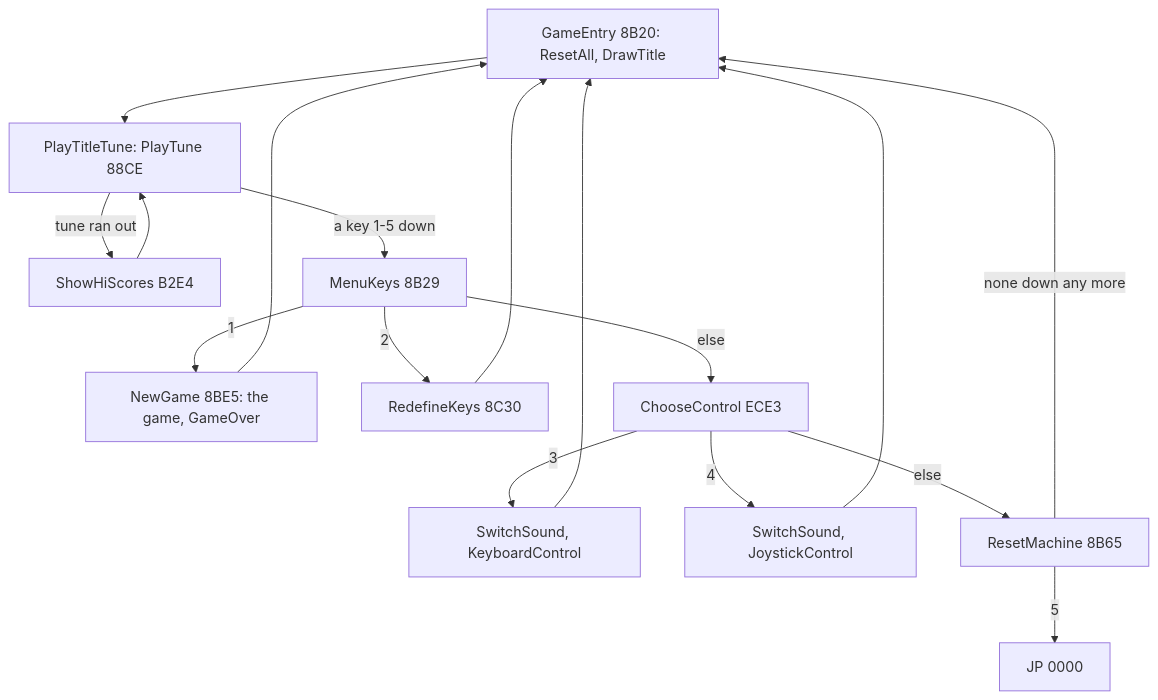
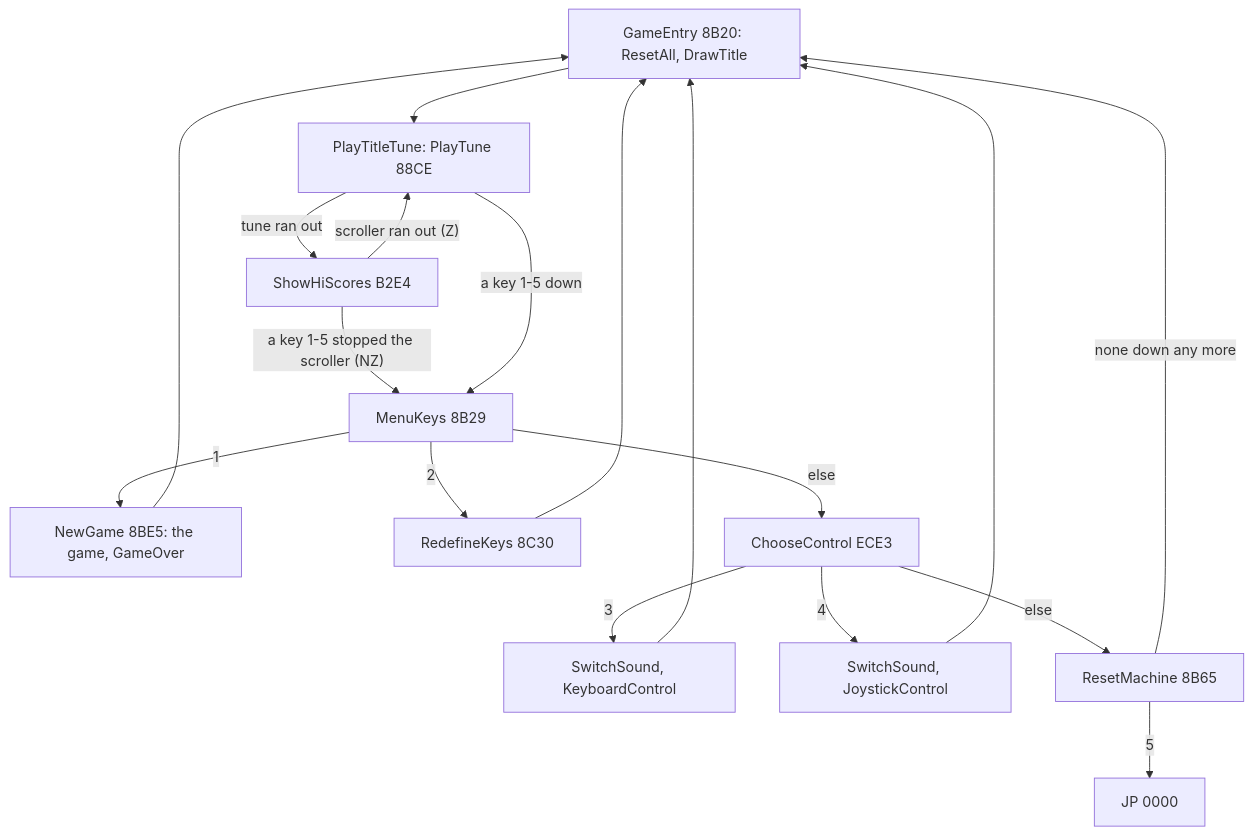
The fourth of 8 diagrams in games/earth-shaker/docs/05-controls.md (alfishe/unrealng-reverse-cases), drawn with Mermaid before and after one commit. The commit also changed other lines of this file and 52 other files, not shown here.

Commit message:
Earth Shaker: review round 1 fixes (jelly bean, stack depth, menu flow, DigInPlace sound, teleport-599 bug, witness counts recounted, bright quarters)

````diff
--- a/games/earth-shaker/docs/05-controls.md
+++ b/games/earth-shaker/docs/05-controls.md
@@ -399,14 +414,16 @@
 ```mermaid
 flowchart TD
     A["GameEntry 8B20: ResetAll, DrawTitle"] --> B["PlayTitleTune: PlayTune 88CE"]
-    B -- "tune ran out" --> H["ShowHiScores B2E4"] --> B
+    B -- "tune ran out" --> H["ShowHiScores B2E4"]
+    H -- "scroller ran out (Z)" --> B
+    H -- "a key 1-5 stopped the scroller (NZ)" --> M
     B -- "a key 1-5 down" --> M["MenuKeys 8B29"]
     M -- "1" --> N["NewGame 8BE5: the game, GameOver"] --> A
     M -- "2" --> R["RedefineKeys 8C30"] --> A
     M -- "else" --> C["ChooseControl ECE3"]
     C -- "3" --> K["SwitchSound, KeyboardControl"] --> A
     C -- "4" --> J["SwitchSound, JoystickControl"] --> A
     C -- "else" --> Z["ResetMachine 8B65"]
     Z -- "5" --> Q["JP 0000"]
     Z -- "none down any more" --> A
 ```
````
